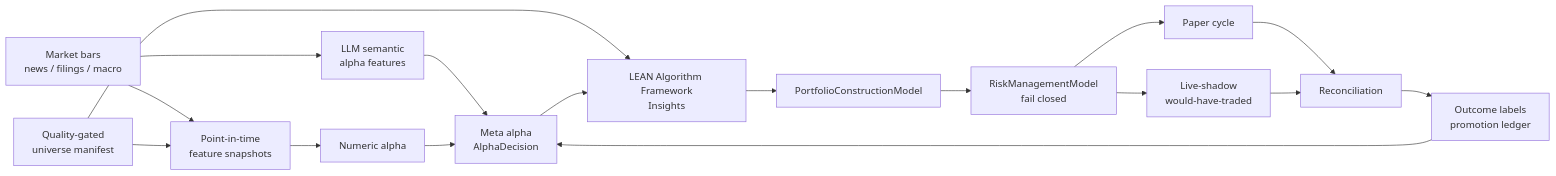
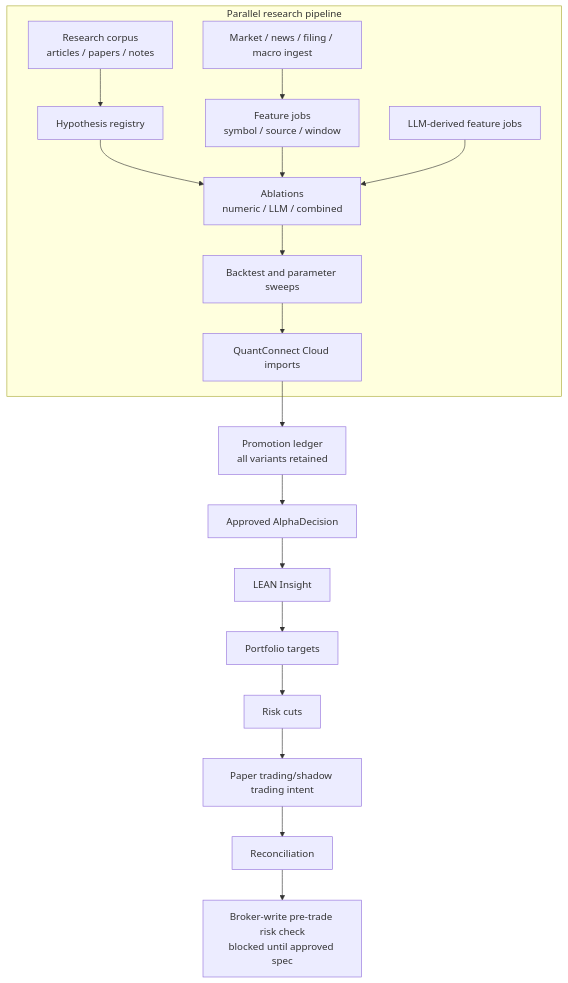
The first of 2 diagrams in README.md (gigio1023/lincei-quant-research-engine), drawn with Mermaid before and after one commit. The commit also changed other lines of this file and 206 other files, not shown here.

````diff
--- a/README.md
+++ b/README.md
@@ -21,19 +38,30 @@
 ```mermaid
-flowchart LR
-    RAW["Market bars<br/>news / filings / macro"] --> FS["Point-in-time<br/>feature snapshots"]
-    MANIFEST["Quality-gated<br/>universe manifest"] --> FS
-    MANIFEST --> LEAN
-    RAW --> LLMFEAT["LLM semantic<br/>alpha features"]
-    FS --> NUM["Numeric alpha"]
-    LLMFEAT --> META["Meta alpha<br/>AlphaDecision"]
-    NUM --> META
-    META --> LEAN["LEAN Algorithm Framework<br/>Insights"]
-    LEAN --> PC["PortfolioConstructionModel"]
-    PC --> RISK["RiskManagementModel<br/>fail closed"]
-    RISK --> PAPER["Paper cycle"]
-    RISK --> SHADOW["Live-shadow<br/>would-have-traded"]
+flowchart TB
+    subgraph PAR["Parallel research pipeline"]
+        CORPUS["Research corpus<br/>articles / papers / notes"]
+        HYP["Hypothesis registry"]
+        DATA["Market / news / filing / macro ingest"]
+        FEAT["Feature jobs<br/>symbol / source / window"]
+        LLM["LLM-derived feature jobs"]
+        ABL["Ablations<br/>numeric / LLM / combined"]
+        BT["Backtest and parameter sweeps"]
+        CLOUD["QuantConnect Cloud imports"]
+    end
+
+    CORPUS --> HYP
+    DATA --> FEAT
+    HYP --> ABL
+    FEAT --> ABL
+    LLM --> ABL
+    ABL --> BT
+    BT --> CLOUD
+
+    CLOUD --> LEDGER["Promotion ledger<br/>all variants retained"]
+    LEDGER --> ALPHA["Approved AlphaDecision"]
+    ALPHA --> LEAN["LEAN Insight"]
+    LEAN --> TARGET["Portfolio targets"]
+    TARGET --> RISK["Risk cuts"]
+    RISK --> PAPER["Paper trading/shadow trading intent"]
     PAPER --> RECON["Reconciliation"]
-    SHADOW --> RECON
-    RECON --> LEARN["Outcome labels<br/>promotion ledger"]
-    LEARN --> META
+    RECON --> PREFLIGHT["Broker-write pre-trade risk check<br/>blocked until approved spec"]
 ```
````
